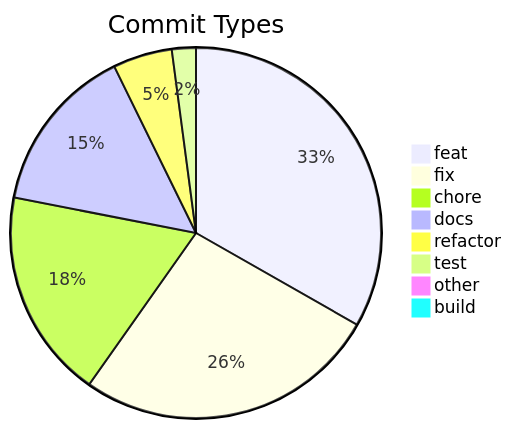
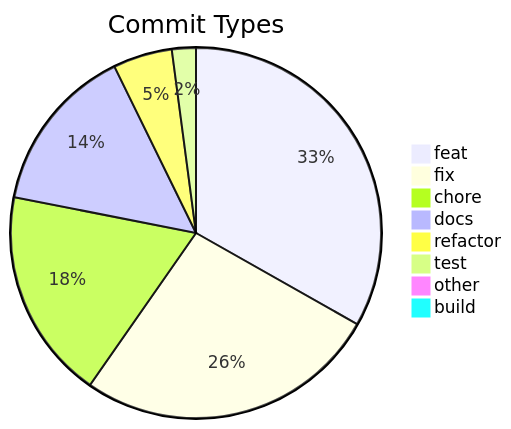
Before and after one commit to svenroth-ai/shipwright: the diagram in .shipwright/compliance/change-history.md, drawn with Mermaid. The commit also changed other lines of this file and 38 other files, not shown here.

````diff
--- a/.shipwright/compliance/change-history.md
+++ b/.shipwright/compliance/change-history.md
@@ -8,11 +8,11 @@
 ```mermaid
 pie title Commit Types
     "feat" : 238
     "fix" : 190
-    "chore" : 131
+    "chore" : 132
     "docs" : 105
     "refactor" : 37
     "test" : 15
     "other" : 7
     "build" : 1
 ```
````
